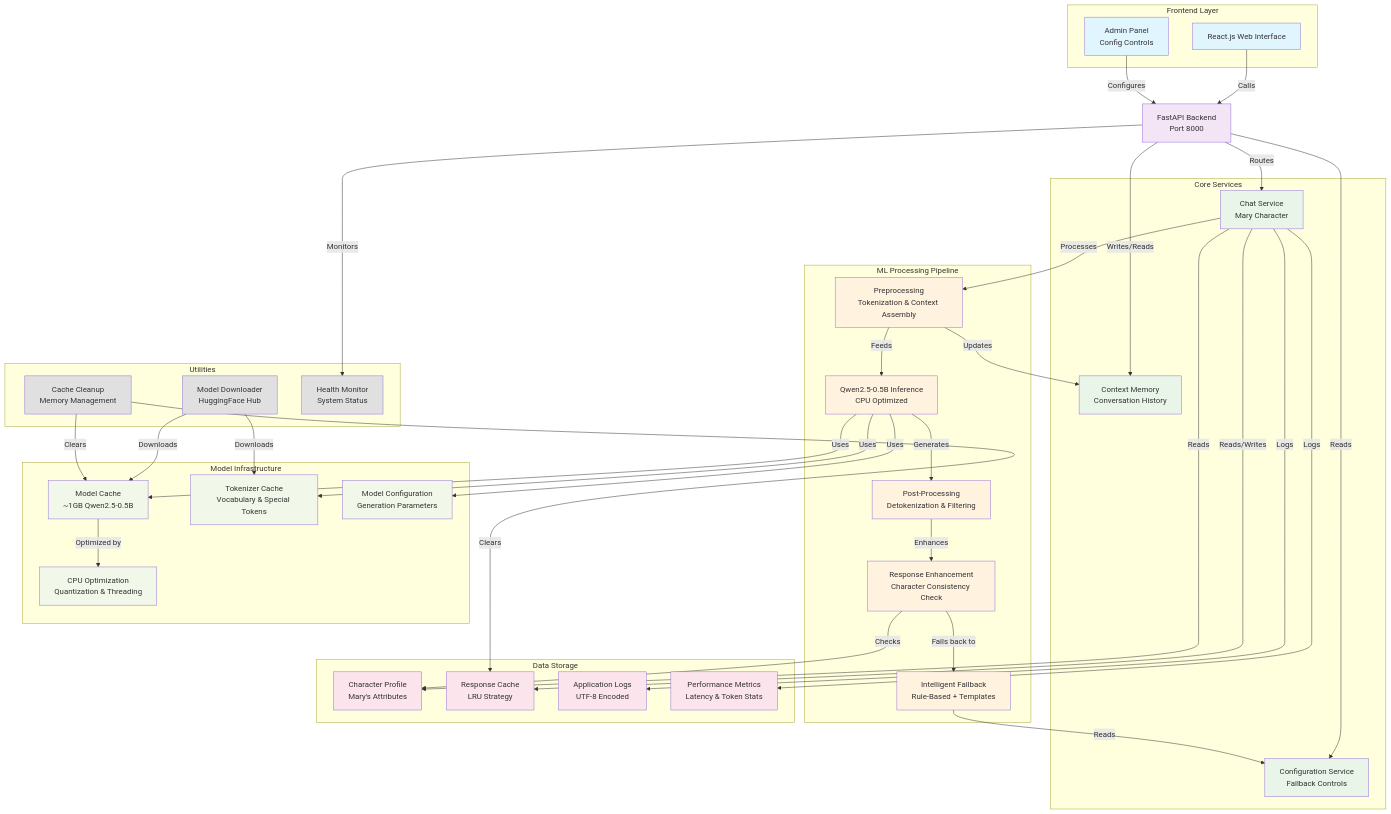
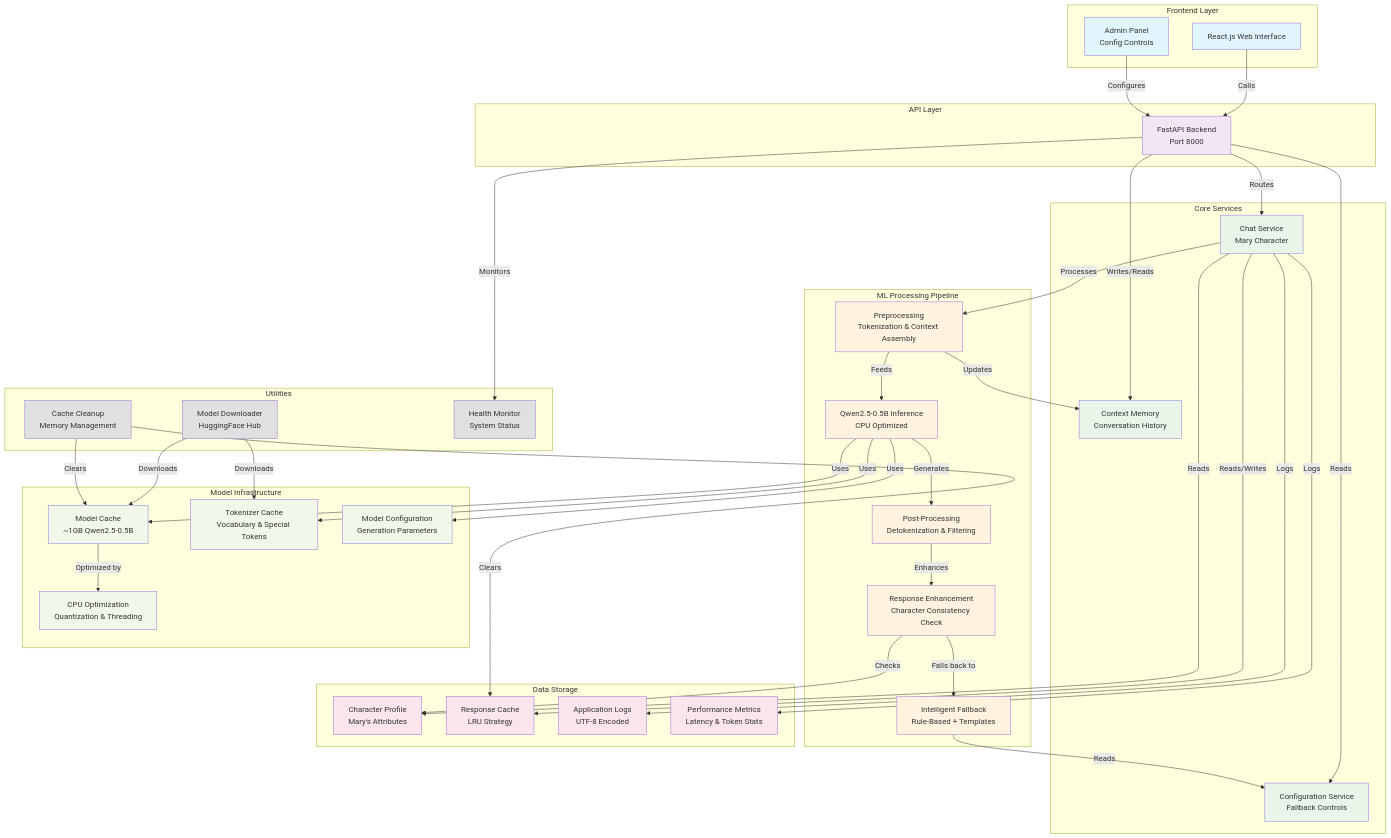
The diagram in project.mmd (shaf-aston/FYP-sales-training-tool), drawn with Mermaid before and after one commit.

Commit message:
project .mmd updated

```diff
--- a/project.mmd
+++ b/project.mmd
@@ -1,89 +1,94 @@
----
-config:
-  layout: dagre
----
-flowchart TB
- subgraph subGraph0["Frontend Layer"]
-        UI["React.js Web Interface"]
-        Admin["Admin Panel<br>Config Controls"]
+graph TB
+  subgraph Frontend Layer
+    UI[React.js Web Interface]
+    Admin[Admin Panel<br>Config Controls]
   end
- subgraph subGraph1["Core Services"]
-        Chat["Chat Service<br>Mary Character"]
-        Config["Configuration Service<br>Fallback Controls"]
-        Memory["Context Memory<br>Conversation History"]
+
+  subgraph API Layer
+    API[FastAPI Backend<br>Port 8000]
   end
- subgraph subGraph2["ML Processing Pipeline"]
-        PreProc["Preprocessing<br>Tokenization &amp; Context Assembly"]
-        Inference["Qwen2.5-0.5B Inference<br>CPU Optimized"]
-        PostProc["Post-Processing<br>Detokenization &amp; Filtering"]
-        Enhanced["Response Enhancement<br>Character Consistency Check"]
-        Fallback["Intelligent Fallback<br>Rule-Based + Templates"]
+
+  subgraph Core Services
+    Chat[Chat Service<br>Mary Character]
+    Config[Configuration Service<br>Fallback Controls]
+    Memory[Context Memory<br>Conversation History]
   end
- subgraph subGraph3["Model Infrastructure"]
-        ModelCache["Model Cache<br>~1GB Qwen2.5-0.5B"]
-        Tokenizer["Tokenizer Cache<br>Vocabulary &amp; Special Tokens"]
-        ModelConfig["Model Configuration<br>Generation Parameters"]
-        Optimizer["CPU Optimization<br>Quantization &amp; Threading"]
+
+  subgraph ML Processing Pipeline
+    PreProc[Preprocessing<br>Tokenization & Context Assembly]
+    Inference[Qwen2.5-0.5B Inference<br>CPU Optimized]
+    PostProc[Post-Processing<br>Detokenization & Filtering]
+    Enhanced[Response Enhancement<br>Character Consistency Check]
+    Fallback[Intelligent Fallback<br>Rule-Based + Templates]
   end
- subgraph subGraph4["Data Storage"]
-        Profile@{ label: "Character Profile<br>Mary's Attributes" }
-        Cache["Response Cache<br>LRU Strategy"]
-        Logs["Application Logs<br>UTF-8 Encoded"]
-        Stats["Performance Metrics<br>Latency &amp; Token Stats"]
+
+  subgraph Model Infrastructure
+    ModelCache[Model Cache<br>~1GB Qwen2.5-0.5B]
+    Tokenizer[Tokenizer Cache<br>Vocabulary & Special Tokens]
+    ModelConfig[Model Configuration<br>Generation Parameters]
+    Optimizer[CPU Optimization<br>Quantization & Threading]
   end
- subgraph Utilities["Utilities"]
-        Download["Model Downloader<br>HuggingFace Hub"]
-        Cleanup["Cache Cleanup<br>Memory Management"]
-        Health["Health Monitor<br>System Status"]
+
+  subgraph Data Storage
+    Profile[Character Profile<br>Mary's Attributes]
+    Cache[Response Cache<br>LRU Strategy]
+    Logs[Application Logs<br>UTF-8 Encoded]
+    Stats[Performance Metrics<br>Latency & Token Stats]
   end
-    UI -- Calls --> API["FastAPI Backend<br>Port 8000"]
-    Admin -- Configures --> API
-    API -- Routes --> Chat
-    API -- Reads --> Config
-    API -- Writes/Reads --> Memory
-    API -- Monitors --> Health
-    Chat -- Processes --> PreProc
-    Chat -- Reads --> Profile
-    Chat -- Reads/Writes --> Cache
-    PreProc -- Feeds --> Inference
-    PreProc -- Updates --> Memory
-    Inference -- Generates --> PostProc
-    Inference -- Uses --> ModelCache & Tokenizer & ModelConfig
-    ModelCache -- Optimized by --> Optimizer
-    PostProc -- Enhances --> Enhanced
-    Enhanced -- Falls back to --> Fallback
-    Enhanced -- Checks --> Profile
-    Fallback -- Reads --> Config
-    Chat -- Logs --> Stats & Logs
-    Download -- Downloads --> ModelCache & Tokenizer
-    Cleanup -- Clears --> ModelCache & Cache
-    Profile@{ shape: rect}
-     UI:::frontend
-     Admin:::frontend
-     Chat:::core
-     Config:::core
-     Memory:::core
-     PreProc:::ml
-     Inference:::ml
-     PostProc:::ml
-     Enhanced:::ml
-     Fallback:::ml
-     ModelCache:::model
-     Tokenizer:::model
-     ModelConfig:::model
-     Optimizer:::model
-     Profile:::data
-     Cache:::data
-     Logs:::data
-     Stats:::data
-     Download:::utils
-     Cleanup:::utils
-     Health:::utils
-     API:::api
-    classDef frontend fill:#e1f5fe
-    classDef api fill:#f3e5f5
-    classDef core fill:#e8f5e8
-    classDef ml fill:#fff3e0
-    classDef model fill:#f1f8e9
-    classDef data fill:#fce4ec
-    classDef utils fill:#e0e0e0
+
+  subgraph Utilities
+    Download[Model Downloader<br>HuggingFace Hub]
+    Cleanup[Cache Cleanup<br>Memory Management]
+    Health[Health Monitor<br>System Status]
+  end
+
+  %% Connections between layers
+  UI -- Calls --> API
+  Admin -- Configures --> API
+
+  API -- Routes --> Chat
+  API -- Reads --> Config
+  API -- Writes/Reads --> Memory
+  API -- Monitors --> Health
+
+  Chat -- Processes --> PreProc
+  PreProc -- Feeds --> Inference
+  Inference -- Generates --> PostProc
+  PostProc -- Enhances --> Enhanced
+  Enhanced -- Falls back to --> Fallback
+
+  Inference -- Uses --> ModelCache
+  Inference -- Uses --> Tokenizer
+  Inference -- Uses --> ModelConfig
+  ModelCache -- Optimized by --> Optimizer
+
+  Chat -- Reads --> Profile
+  Chat -- Reads/Writes --> Cache
+  Chat -- Logs --> Stats
+  Chat -- Logs --> Logs
+
+  Download -- Downloads --> ModelCache
+  Download -- Downloads --> Tokenizer
+  Cleanup -- Clears --> ModelCache
+  Cleanup -- Clears --> Cache
+
+  PreProc -- Updates --> Memory
+  Fallback -- Reads --> Config
+  Enhanced -- Checks --> Profile
+
+  %% Styling
+  classDef frontend fill:#e1f5fe
+  classDef api fill:#f3e5f5
+  classDef core fill:#e8f5e8
+  classDef ml fill:#fff3e0
+  classDef model fill:#f1f8e9
+  classDef data fill:#fce4ec
+  classDef utils fill:#e0e0e0
+
+  class UI,Admin frontend
+  class API api
+  class Chat,Config,Memory core
+  class PreProc,Inference,PostProc,Enhanced,Fallback ml
+  class ModelCache,Tokenizer,ModelConfig,Optimizer model
+  class Profile,Cache,Logs,Stats data
+  class Download,Cleanup,Health utils
```
